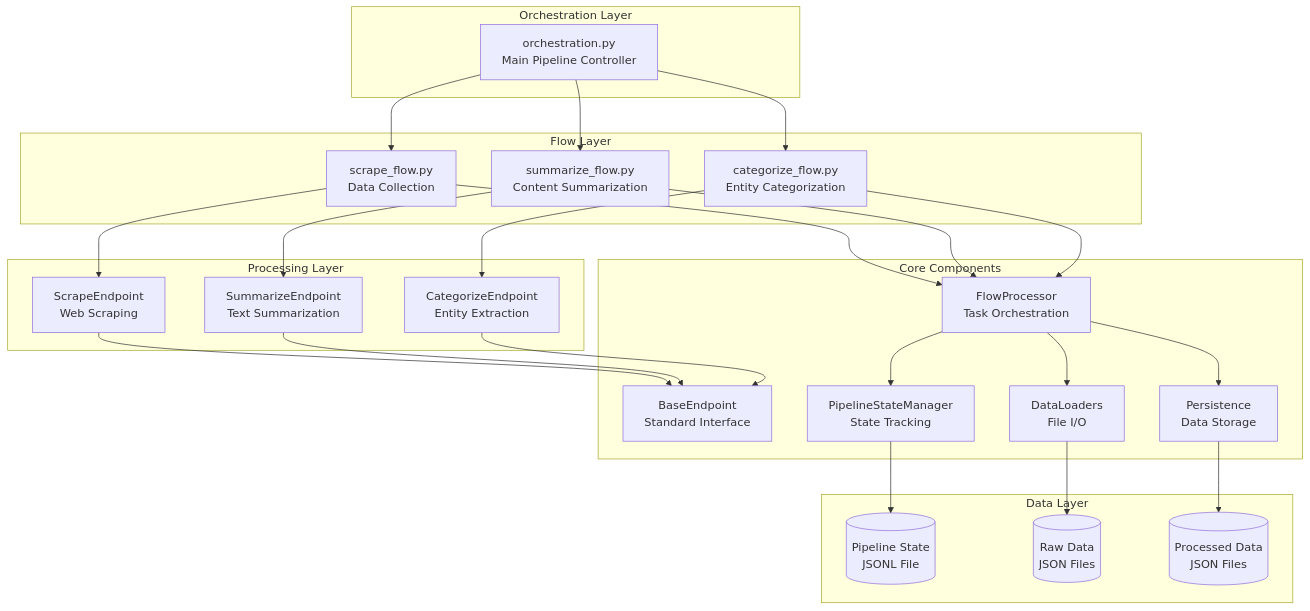
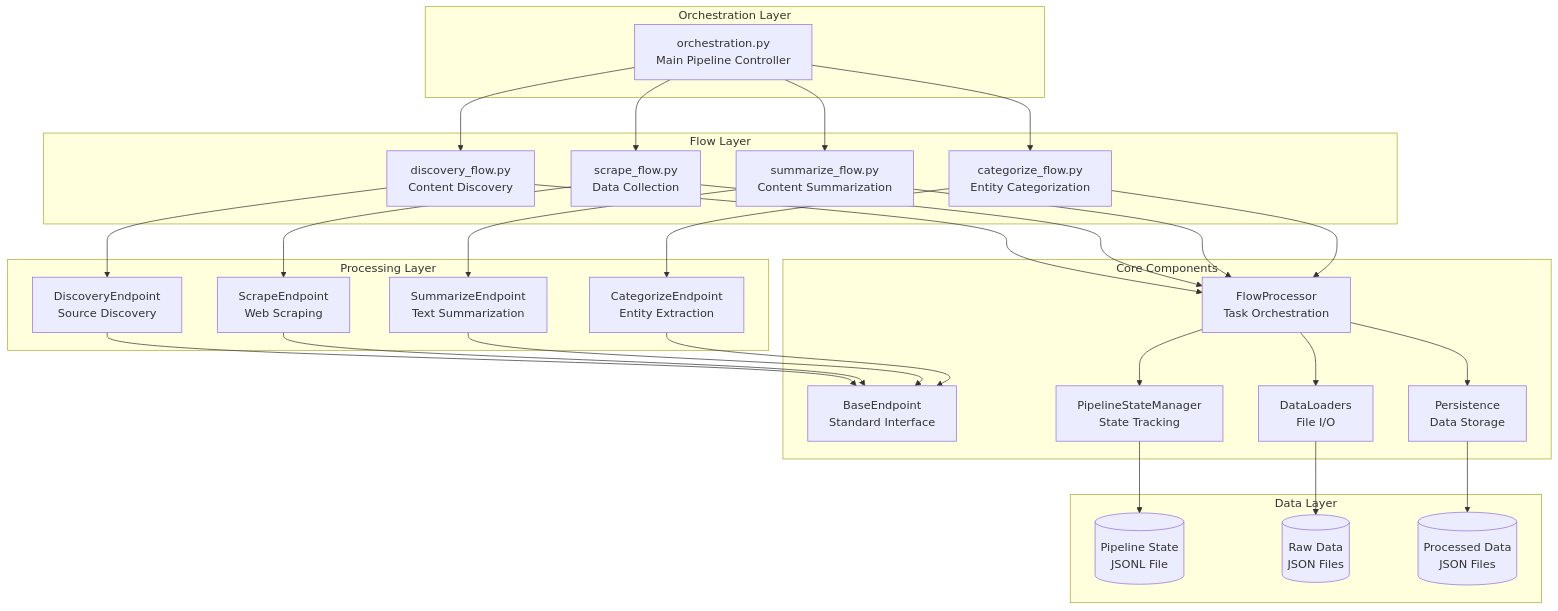
The first of 3 diagrams in documentation/architecture.md (dmitriyratu/DiscourseKG), drawn with Mermaid before and after one commit. The commit also changed other lines of this file and 29 other files, not shown here.

First line of the commit message:
refactor: enhance pipeline architecture and introduce discovery stage

````diff
--- a/documentation/architecture.md
+++ b/documentation/architecture.md
@@ -9,56 +9,62 @@
 ```mermaid
 graph TB
     subgraph "Orchestration Layer"
         ORCH["orchestration.py<br/>Main Pipeline Controller"]
     end
     
     subgraph "Flow Layer"
+        DF["discovery_flow.py<br/>Content Discovery"]
         SF["scrape_flow.py<br/>Data Collection"]
         SUMF["summarize_flow.py<br/>Content Summarization"]
         CF["categorize_flow.py<br/>Entity Categorization"]
     end
     
     subgraph "Processing Layer"
+        DE["DiscoveryEndpoint<br/>Source Discovery"]
         SE["ScrapeEndpoint<br/>Web Scraping"]
         SUME["SummarizeEndpoint<br/>Text Summarization"]
         CE["CategorizeEndpoint<br/>Entity Extraction"]
     end
     
     subgraph "Core Components"
         BSE["BaseEndpoint<br/>Standard Interface"]
         FPR["FlowProcessor<br/>Task Orchestration"]
         PSM["PipelineStateManager<br/>State Tracking"]
         DL["DataLoaders<br/>File I/O"]
         PER["Persistence<br/>Data Storage"]
     end
     
     subgraph "Data Layer"
         PS[("Pipeline State<br/>JSONL File")]
         RAW[("Raw Data<br/>JSON Files")]
         PROC[("Processed Data<br/>JSON Files")]
     end
     
+    ORCH --> DF
     ORCH --> SF
     ORCH --> SUMF
     ORCH --> CF
     
+    DF --> DE
     SF --> SE
     SUMF --> SUME
     CF --> CE
     
+    DE --> BSE
     SE --> BSE
     SUME --> BSE
     CE --> BSE
     
+    DF --> FPR
     SF --> FPR
     SUMF --> FPR
     CF --> FPR
     
     FPR --> PSM
     FPR --> DL
     FPR --> PER
     
     PSM --> PS
     DL --> RAW
     PER --> PROC
 ```
````
